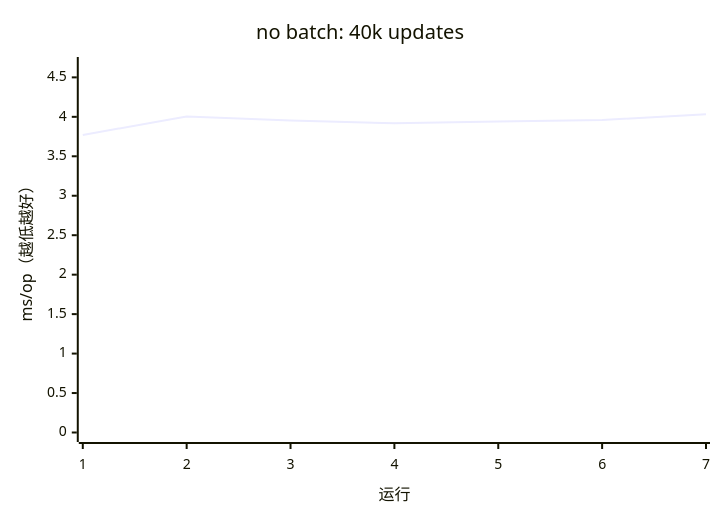
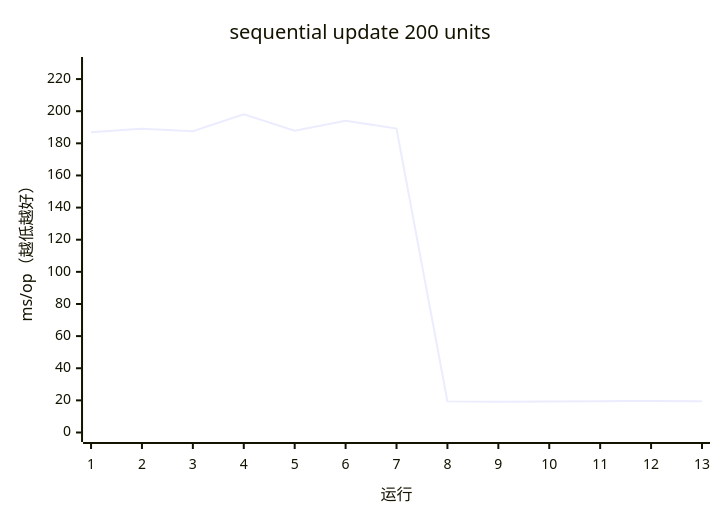
Diagram 11 of 17 in apps/docs/src/content/docs/guides/benchmark.mdx (AIluffy/io), drawn with Mermaid before and after one commit. The commit also changed other lines of this file and 11 other files, not shown here.

````diff
--- a/apps/docs/src/content/docs/guides/benchmark.mdx
+++ b/apps/docs/src/content/docs/guides/benchmark.mdx
@@ -238,7 +325,7 @@
 ```mermaid
 xychart-beta
-  title "no batch: 40k updates"
-  x-axis "运行" [1, 2, 3, 4, 5, 6, 7]
-  y-axis "ms/op（越低越好）" 0 --> 4.6377
-  line [3.7705, 4.0045, 3.9537, 3.919, 3.9399, 3.9601, 4.0328]
+  title "sequential update 200 units"
+  x-axis "运行" [1, 2, 3, 4, 5, 6, 7, 8, 9, 10, 11, 12, 13]
+  y-axis "ms/op（越低越好）" 0 --> 227.822
+  line [186.9116, 189.1437, 187.5276, 198.1061, 187.8507, 193.992, 189.2093, 19.3745, 19.157, 19.247, 19.5097, 19.665, 19.4525]
 ```
````
